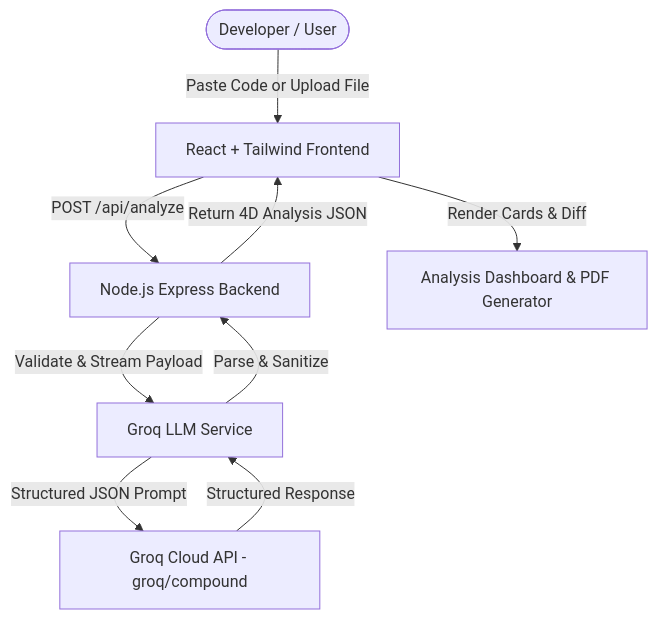
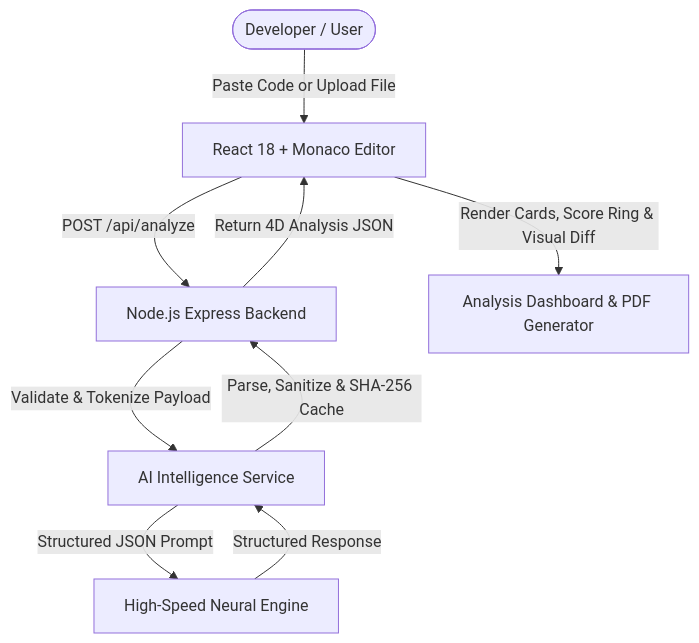
Before and after one commit to madhavkumarjha/AI-Code-Review-Assistant: the diagram in README.md, drawn with Mermaid. The commit also changed other lines of this file and 19 other files, not shown here.

````diff
--- a/README.md
+++ b/README.md
@@ -25,11 +27,11 @@
 ```mermaid
 graph TD
-    User([Developer / User]) -->|Paste Code or Upload File| UI[React + Tailwind Frontend]
+    User([Developer / User]) -->|Paste Code or Upload File| UI[React 18 + Monaco Editor]
     UI -->|POST /api/analyze| Express[Node.js Express Backend]
-    Express -->|Validate & Stream Payload| Service[Groq LLM Service]
-    Service -->|Structured JSON Prompt| Groq[Groq Cloud API - groq/compound]
-    Groq -->|Structured Response| Service
-    Service -->|Parse & Sanitize| Express
+    Express -->|Validate & Tokenize Payload| Service[AI Intelligence Service]
+    Service -->|Structured JSON Prompt| Engine[High-Speed Neural Engine]
+    Engine -->|Structured Response| Service
+    Service -->|Parse, Sanitize & SHA-256 Cache| Express
     Express -->|Return 4D Analysis JSON| UI
-    UI -->|Render Cards & Diff| Dashboard[Analysis Dashboard & PDF Generator]
+    UI -->|Render Cards, Score Ring & Visual Diff| Dashboard[Analysis Dashboard & PDF Generator]
 ```
````
